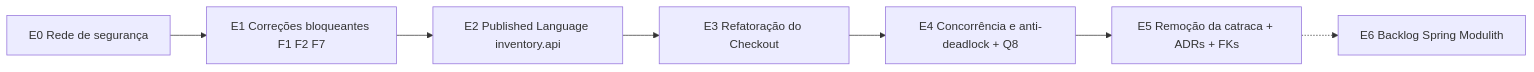
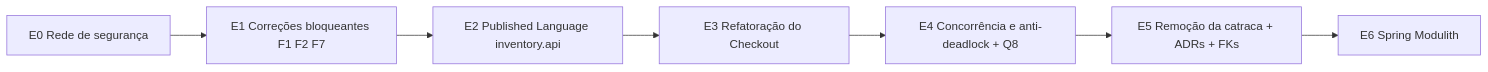
One commit to iXDGabrielTK/petshop-microservices changed the first of 2 diagrams in docs/debt/DEBT-ARCH-002/README.md. Above: the diagram before and after it, drawn with Mermaid. The commit also changed other lines of this file and 16 other files, not shown here.

First line of the commit message:
test(inv-service): E6 ativação do Spring Modulith e documentação C4 (DEBT-ARCH-002) (#39)

````diff
--- a/docs/debt/DEBT-ARCH-002/README.md
+++ b/docs/debt/DEBT-ARCH-002/README.md
@@ -24,9 +24,9 @@
 ```mermaid
 flowchart LR
     E0["E0 Rede de segurança"] --> E1["E1 Correções bloqueantes F1 F2 F7"]
     E1 --> E2["E2 Published Language inventory.api"]
     E2 --> E3["E3 Refatoração do Checkout"]
     E3 --> E4["E4 Concorrência e anti-deadlock + Q8"]
     E4 --> E5["E5 Remoção da catraca + ADRs + FKs"]
-    E5 -.-> E6["E6 Backlog Spring Modulith"]
+    E5 --> E6["E6 Spring Modulith"]
 ```
````
